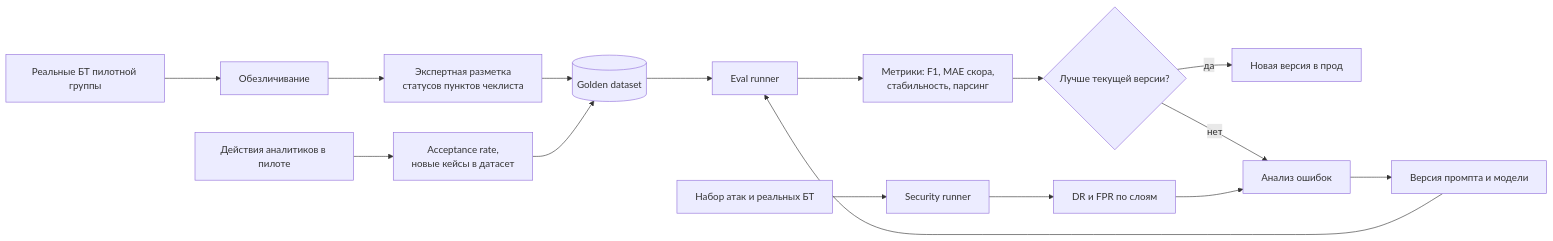
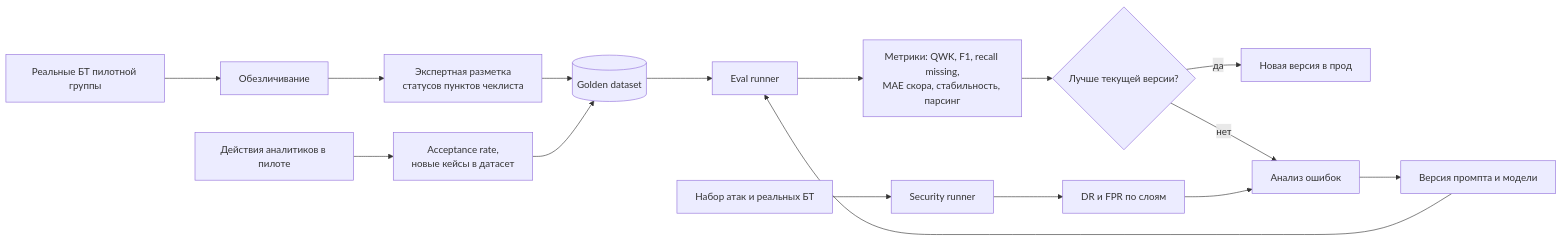
One commit to baton2809/ReqAssist2 changed the third of 5 diagrams in docs/ml_system_design_doc.md. Above: the diagram before and after it, drawn with Mermaid. The commit also changed other lines of this file, not shown here.

````diff
--- a/docs/ml_system_design_doc.md
+++ b/docs/ml_system_design_doc.md
@@ -330,16 +330,16 @@
 ```mermaid
 flowchart LR
     A[Реальные БТ пилотной группы] --> B[Обезличивание]
     B --> C[Экспертная разметка<br/>статусов пунктов чеклиста]
     C --> D[(Golden dataset)]
     E[Версия промпта и модели] --> F[Eval runner]
     D --> F
-    F --> G[Метрики: F1, MAE скора,<br/>стабильность, парсинг]
+    F --> G[Метрики: QWK, F1, recall missing,<br/>MAE скора, стабильность, парсинг]
     G --> H{Лучше текущей версии?}
     H -->|да| I[Новая версия в прод]
     H -->|нет| J[Анализ ошибок] --> E
     K[Набор атак и реальных БТ] --> L[Security runner] --> M[DR и FPR по слоям]
     M --> J
     N[Действия аналитиков в пилоте] --> O[Acceptance rate,<br/>новые кейсы в датасет]
     O --> D
 ```
````
